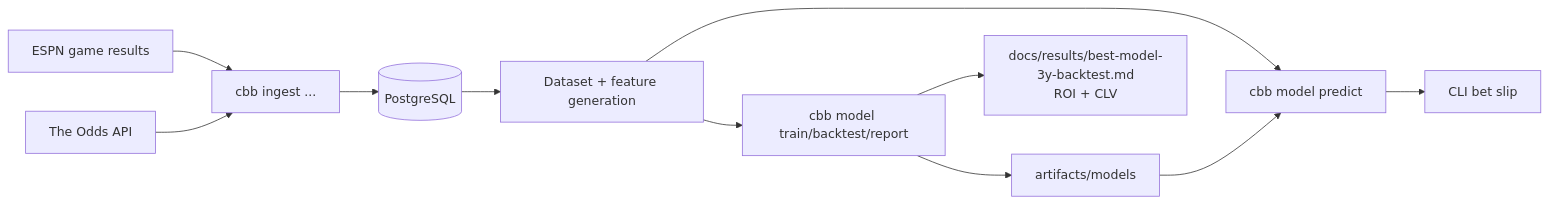
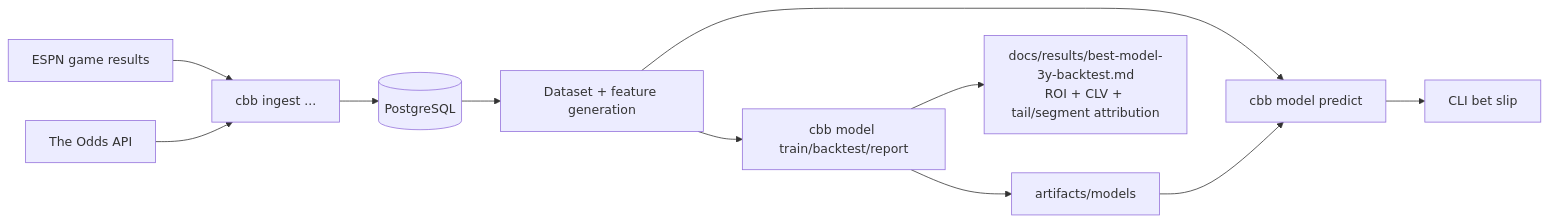
One commit to tomwalsh421-lang/maumau changed the diagram in cbb-upsets/docs/architecture.md. Above: the diagram before and after it, drawn with Mermaid. The commit also changed other lines of this file and 23 other files, not shown here.

````diff
--- a/cbb-upsets/docs/architecture.md
+++ b/cbb-upsets/docs/architecture.md
@@ -30,24 +30,24 @@
 ```mermaid
 flowchart LR
     ESPN[ESPN game results]
     Odds[The Odds API]
     Ingest[cbb ingest ...]
     PG[(PostgreSQL)]
     Features[Dataset + feature generation]
     Train[cbb model train/backtest/report]
     Predict[cbb model predict]
     Artifacts[artifacts/models]
-    Report[docs/results/best-model-3y-backtest.md<br/>ROI + CLV]
+    Report[docs/results/best-model-3y-backtest.md<br/>ROI + CLV + tail/segment attribution]
     Slip[CLI bet slip]
 
     ESPN --> Ingest
     Odds --> Ingest
     Ingest --> PG
     PG --> Features
     Features --> Train
     Features --> Predict
     Train --> Artifacts
     Train --> Report
     Artifacts --> Predict
     Predict --> Slip
 ```
````
